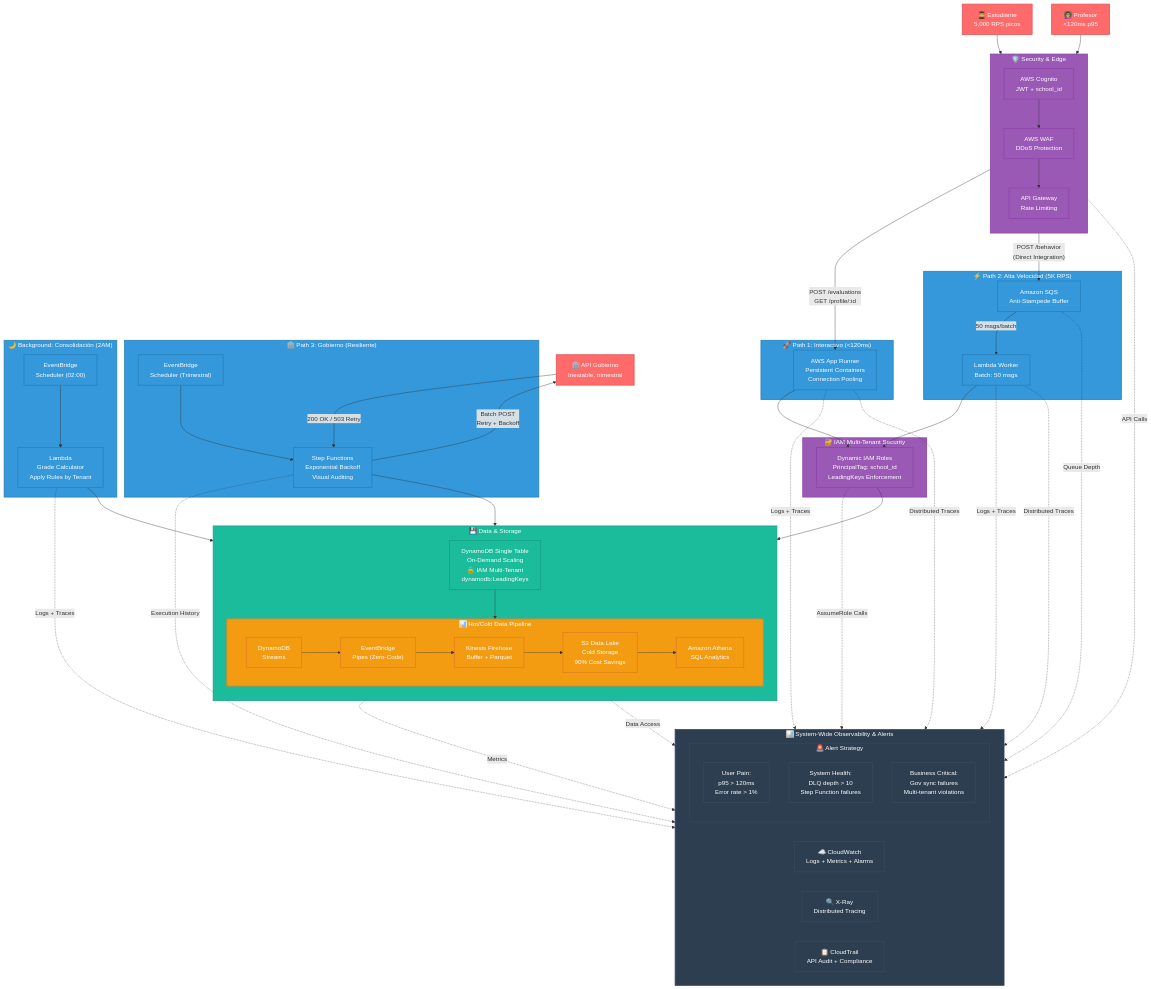
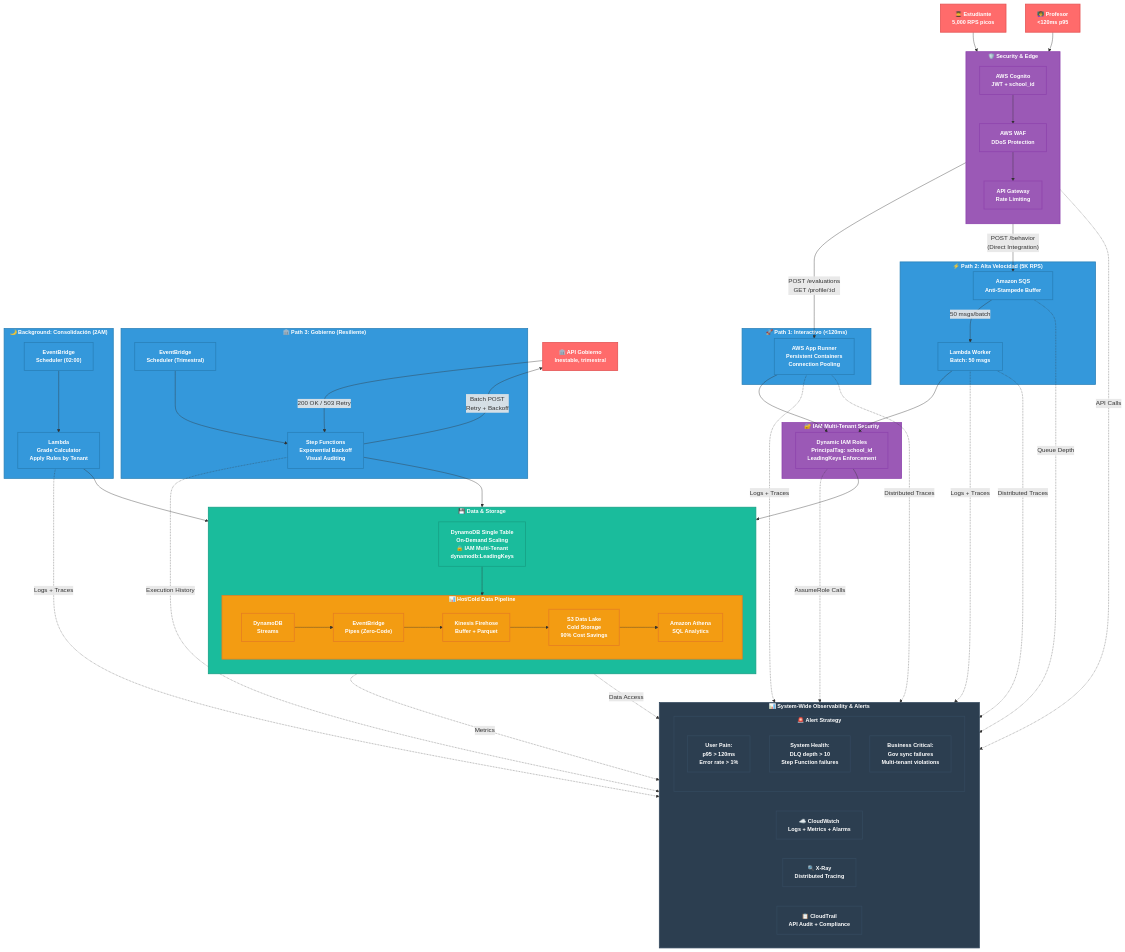
Before and after one commit to fabzter/luca-home-assessment: the first of 7 diagrams in README.md, drawn with Mermaid. The commit also changed other lines of this file, not shown here.

```diff
--- a/README.md
+++ b/README.md
@@ -148,13 +148,13 @@
     IAMRoles -.->|"AssumeRole Calls"| CloudTrail
     
     %% === STYLING ===
-    classDef external fill:#ff6b6b,stroke:#e55454,stroke-width:2px,color:#fff
-    classDef security fill:#9b59b6,stroke:#8e44ad,stroke-width:2px,color:#fff  
-    classDef compute fill:#3498db,stroke:#2980b9,stroke-width:2px,color:#fff
-    classDef data fill:#1abc9c,stroke:#16a085,stroke-width:2px,color:#fff
-    classDef pipeline fill:#f39c12,stroke:#e67e22,stroke-width:2px,color:#fff
-    classDef obs fill:#2c3e50,stroke:#34495e,stroke-width:2px,color:#fff
-    classDef iam fill:#e74c3c,stroke:#c0392b,stroke-width:2px,color:#fff
+    classDef external fill:#ff6b6b,stroke:#e55454,stroke-width:2px,color:#fff,font-size:14px,font-weight:bold
+    classDef security fill:#9b59b6,stroke:#8e44ad,stroke-width:2px,color:#fff,font-size:14px,font-weight:bold
+    classDef compute fill:#3498db,stroke:#2980b9,stroke-width:2px,color:#fff,font-size:14px,font-weight:bold
+    classDef data fill:#1abc9c,stroke:#16a085,stroke-width:2px,color:#fff,font-size:14px,font-weight:bold
+    classDef pipeline fill:#f39c12,stroke:#e67e22,stroke-width:2px,color:#fff,font-size:14px,font-weight:bold
+    classDef obs fill:#2c3e50,stroke:#34495e,stroke-width:2px,color:#fff,font-size:14px,font-weight:bold
+    classDef iam fill:#e74c3c,stroke:#c0392b,stroke-width:2px,color:#fff,font-size:14px,font-weight:bold
     
     class Student,Teacher,GovAPI external
     class EdgeSecurity,Cognito,WAF,APIG security
```
